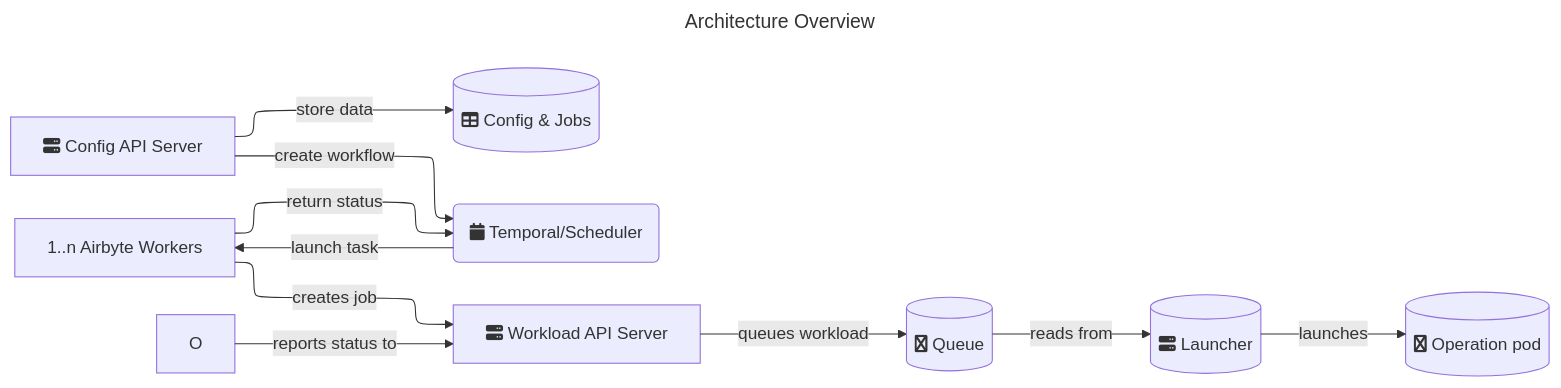
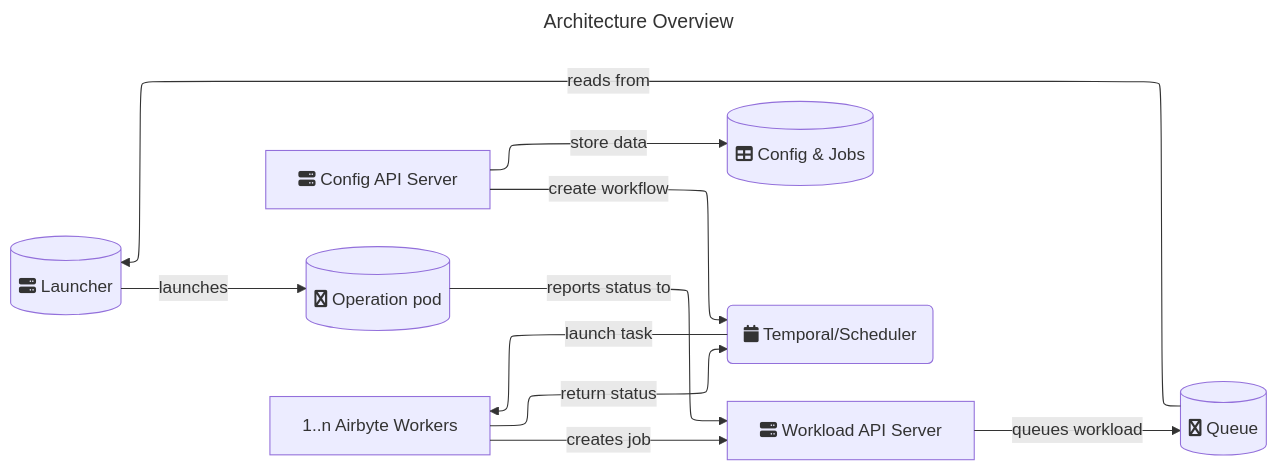
One commit to airbytehq/airbyte changed the diagram in docs/platform/understanding-airbyte/high-level-view.md. Above: the diagram before and after it, drawn with Mermaid. The commit also changed other lines of this file and 7 other files, not shown here.

Commit message:
docs: Socket/speed mode architecture (#70313)

````diff
--- a/docs/platform/understanding-airbyte/high-level-view.md
+++ b/docs/platform/understanding-airbyte/high-level-view.md
@@ -15,25 +24,25 @@
 ```mermaid
 ---
 title: Architecture Overview
 ---
 %%{init: {"flowchart": {"defaultRenderer": "elk"}} }%%
 flowchart LR
     S[fa:fa-server Config API Server]
     D[(fa:fa-table Config & Jobs)]
     L[(fa:fa-server Launcher)]
     OP[(fa:fa-superpowers Operation pod)]
     Q[(fa:fa-superpowers Queue)]
     T(fa:fa-calendar Temporal/Scheduler)
     W2[1..n Airbyte Workers]
     WL[fa:fa-server Workload API Server]
     
     S -->|store data| D
     S -->|create workflow| T
     T -->|launch task| W2
     W2 -->|return status| T
     W2 -->|creates job| WL
     WL -->|queues workload| Q
     Q  -->|reads from| L
     L -->|launches| OP
-    O -->|reports status to| WL
+    OP -->|reports status to| WL
 ```
````
